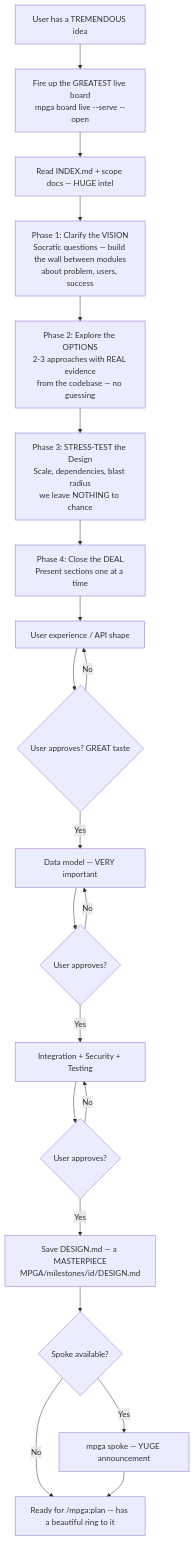
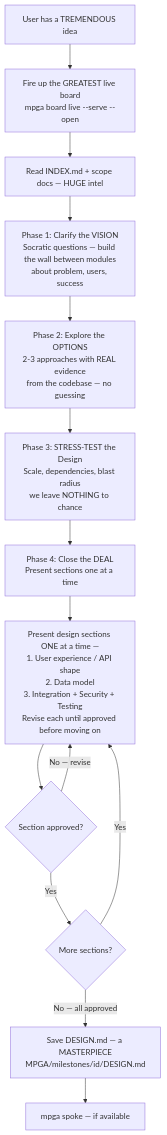
The diagram in docs/diagrams/skills/brainstorm.md (benrben/MPGA), drawn with Mermaid before and after one commit. The commit also changed 73 other files, not shown here.

First line of the commit message:
refactor: standardize mpga spoke references across agents and skills

````diff
--- a/docs/diagrams/skills/brainstorm.md
+++ b/docs/diagrams/skills/brainstorm.md
@@ -5,25 +5,18 @@
 ```mermaid
 flowchart TD
     A[User has a TREMENDOUS idea] --> B[Fire up the GREATEST live board\nmpga board live --serve --open]
     B --> C[Read INDEX.md + scope docs — HUGE intel]
 
     C --> D["Phase 1: Clarify the VISION\nSocratic questions — build the wall between modules\nabout problem, users, success"]
     D --> E["Phase 2: Explore the OPTIONS\n2-3 approaches with REAL evidence\nfrom the codebase — no guessing"]
     E --> F["Phase 3: STRESS-TEST the Design\nScale, dependencies, blast radius\nwe leave NOTHING to chance"]
     F --> G["Phase 4: Close the DEAL\nPresent sections one at a time"]
 
-    G --> H[User experience / API shape]
-    H --> I{User approves? GREAT taste}
-    I -->|No| H
-    I -->|Yes| J[Data model — VERY important]
-    J --> K{User approves?}
-    K -->|No| J
-    K -->|Yes| L[Integration + Security + Testing]
-    L --> M{User approves?}
-    M -->|No| L
-    M -->|Yes| N[Save DESIGN.md — a MASTERPIECE\nMPGA/milestones/id/DESIGN.md]
-    N --> O{Spoke available?}
-    O -->|Yes| P[mpga spoke — YUGE announcement]
-    O -->|No| Q[Ready for /mpga:plan — has a beautiful ring to it]
-    P --> Q
+    G --> H["Present design sections ONE at a time —\n1. User experience / API shape\n2. Data model\n3. Integration + Security + Testing\nRevise each until approved before moving on"]
+    H --> I{Section approved?}
+    I -->|No — revise| H
+    I -->|Yes| J{More sections?}
+    J -->|Yes| H
+    J -->|No — all approved| K[Save DESIGN.md — a MASTERPIECE\nMPGA/milestones/id/DESIGN.md]
+    K --> O[mpga spoke — if available]
 ```
````
